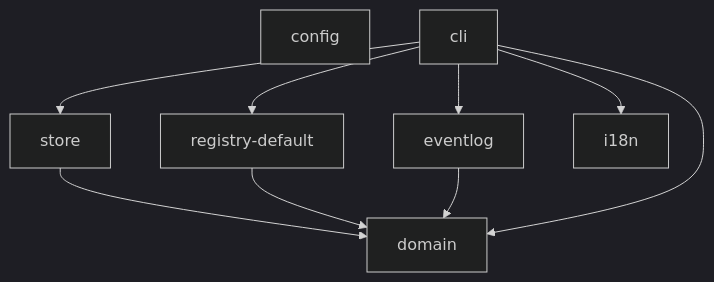
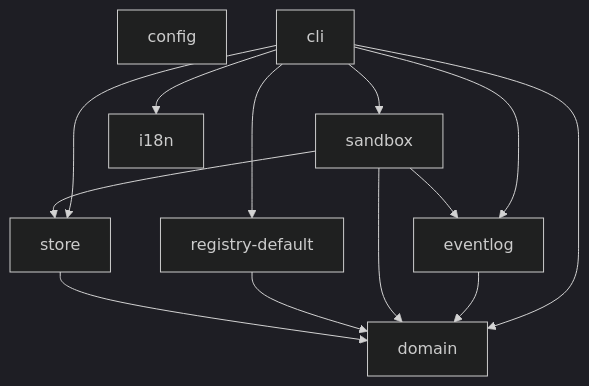
One commit to thap-nv/the-world-of-elvaria changed the diagram in docs/dependency-graph.md. Above: the diagram before and after it, drawn with Mermaid (dark theme). The commit also changed other lines of this file and 50 other files, not shown here.

First line of the commit message:
feat(sandbox): fake days played by the domain's own machines, and their replay as a timeline

````diff
--- a/docs/dependency-graph.md
+++ b/docs/dependency-graph.md
@@ -7,18 +7,23 @@
 ```mermaid
 flowchart TD
   config["config"]
   domain["domain"]
   store["store"]
   registry_default["registry-default"]
+  sandbox["sandbox"]
   eventlog["eventlog"]
   i18n["i18n"]
   cli["cli"]
   store --> domain
   registry_default --> domain
+  sandbox --> domain
+  sandbox --> eventlog
+  sandbox --> store
   eventlog --> domain
   cli --> domain
   cli --> eventlog
   cli --> i18n
   cli --> registry_default
+  cli --> sandbox
   cli --> store
 ```
````
